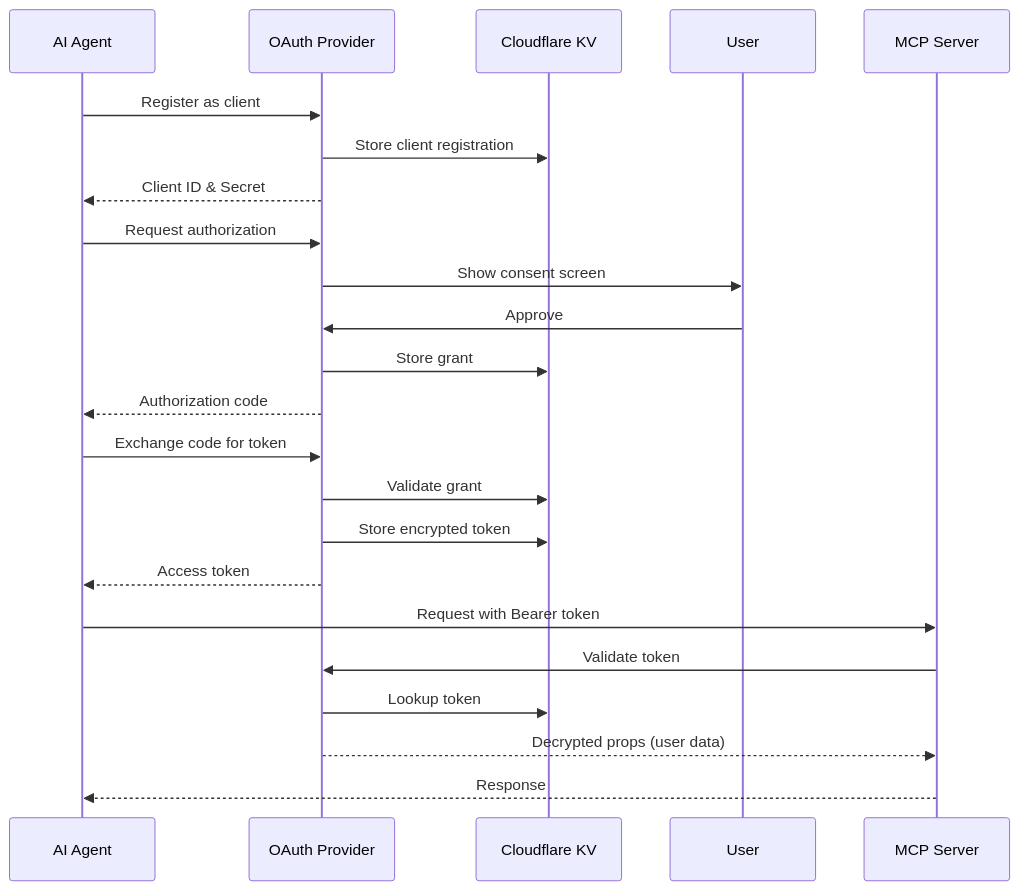
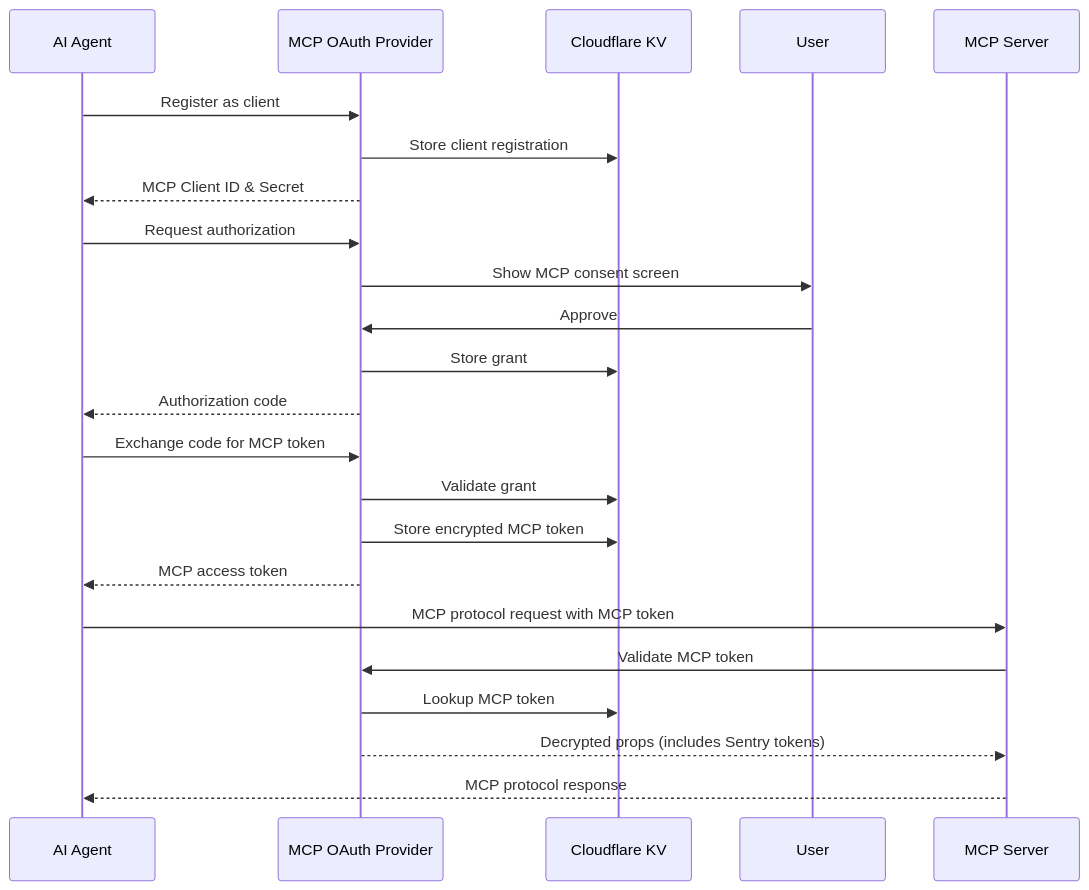
One commit to getsentry/sentry-mcp changed the second of 2 diagrams in docs/cloudflare/oauth-architecture.md. Above: the diagram before and after it, drawn with Mermaid. The commit also changed other lines of this file, not shown here.

Commit message:
Update oauth arch

````diff
--- a/docs/cloudflare/oauth-architecture.md
+++ b/docs/cloudflare/oauth-architecture.md
@@ -26,29 +120,29 @@
 ```mermaid
 sequenceDiagram
     participant Agent as AI Agent
-    participant OAuth as OAuth Provider
+    participant MCPOAuth as MCP OAuth Provider
     participant KV as Cloudflare KV
     participant User as User
     participant MCP as MCP Server
 
-    Agent->>OAuth: Register as client
-    OAuth->>KV: Store client registration
-    OAuth-->>Agent: Client ID & Secret
+    Agent->>MCPOAuth: Register as client
+    MCPOAuth->>KV: Store client registration
+    MCPOAuth-->>Agent: MCP Client ID & Secret
 
-    Agent->>OAuth: Request authorization
-    OAuth->>User: Show consent screen
-    User->>OAuth: Approve
-    OAuth->>KV: Store grant
-    OAuth-->>Agent: Authorization code
+    Agent->>MCPOAuth: Request authorization
+    MCPOAuth->>User: Show MCP consent screen
+    User->>MCPOAuth: Approve
+    MCPOAuth->>KV: Store grant
+    MCPOAuth-->>Agent: Authorization code
 
-    Agent->>OAuth: Exchange code for token
-    OAuth->>KV: Validate grant
-    OAuth->>KV: Store encrypted token
-    OAuth-->>Agent: Access token
+    Agent->>MCPOAuth: Exchange code for MCP token
+    MCPOAuth->>KV: Validate grant
+    MCPOAuth->>KV: Store encrypted MCP token
+    MCPOAuth-->>Agent: MCP access token
 
-    Agent->>MCP: Request with Bearer token
-    MCP->>OAuth: Validate token
-    OAuth->>KV: Lookup token
-    OAuth-->>MCP: Decrypted props (user data)
-    MCP-->>Agent: Response
+    Agent->>MCP: MCP protocol request with MCP token
+    MCP->>MCPOAuth: Validate MCP token
+    MCPOAuth->>KV: Lookup MCP token
+    MCPOAuth-->>MCP: Decrypted props (includes Sentry tokens)
+    MCP-->>Agent: MCP protocol response
 ```
````
